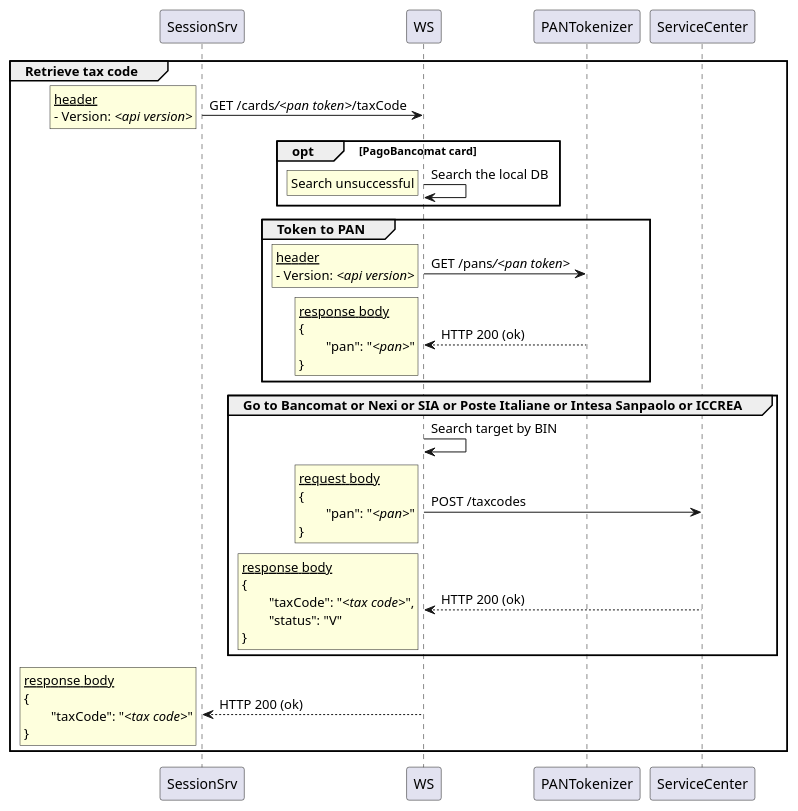
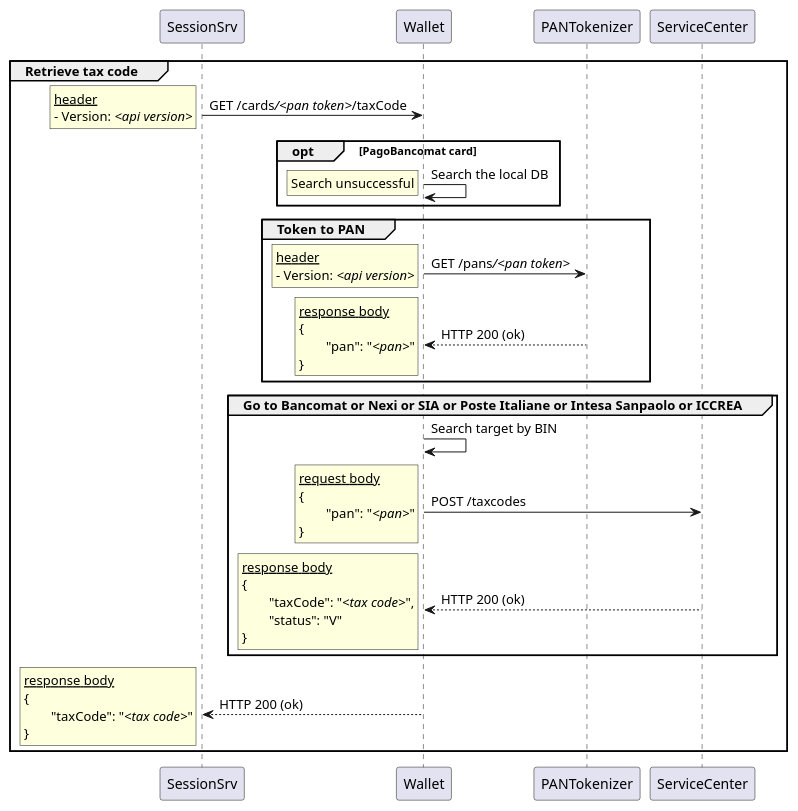
One commit to antoniotarricone/mil-apis changed the diagram in puml/session/retrieve_tax_code__go_to_scheme.puml. Above: the diagram before and after it, drawn with PlantUML. The commit also changed 6 other files, not shown here.

```diff
--- a/puml/session/retrieve_tax_code__go_to_scheme.puml
+++ b/puml/session/retrieve_tax_code__go_to_scheme.puml
@@ -1,59 +1,59 @@
 group Retrieve tax code
-	SessionSrv -> WS : GET /cards///<pan token>///taxCode
+	SessionSrv -> Wallet : GET /cards///<pan token>///taxCode
 		rnote left
 			__header__
 			- Version: //<api version>//
 		end note
 		
 	opt PagoBancomat card
-		WS -> WS : Search the local DB
+		Wallet -> Wallet : Search the local DB
 			rnote left
 				Search unsuccessful
 			end note
 	end
 		
 	group Token to PAN
-		WS -> PANTokenizer : GET /pans///<pan token>//
+		Wallet -> PANTokenizer : GET /pans///<pan token>//
 			rnote left
 				__header__
 				- Version: //<api version>//
 			end note
 		
-		PANTokenizer --> WS : HTTP 200 (ok)
+		PANTokenizer --> Wallet : HTTP 200 (ok)
 			rnote left
 				__response body__
 				{
 					"pan": "//<pan>//"
 				}
 			end note
 	end
 		
 	group Go to Bancomat or Nexi or SIA or Poste Italiane or Intesa Sanpaolo or ICCREA
-		WS -> WS : Search target by BIN
+		Wallet -> Wallet : Search target by BIN
 	
-		WS -> ServiceCenter : POST /taxcodes
+		Wallet -> ServiceCenter : POST /taxcodes
 			rnote left
 				__request body__
 				{
 					"pan": "//<pan>//"
 				}
 			end note
 		
-		ServiceCenter --> WS : HTTP 200 (ok)
+		ServiceCenter --> Wallet : HTTP 200 (ok)
 			rnote left
 				__response body__
 				{
 					"taxCode": "//<tax code>//",
 					"status": "V"
 				}
 			end note
 	end
 	
-	WS --> SessionSrv : HTTP 200 (ok)
+	Wallet --> SessionSrv : HTTP 200 (ok)
 		rnote left
 			__response body__
 			{
 				"taxCode": "//<tax code>//"
 			}
 		end note
 	end
```
